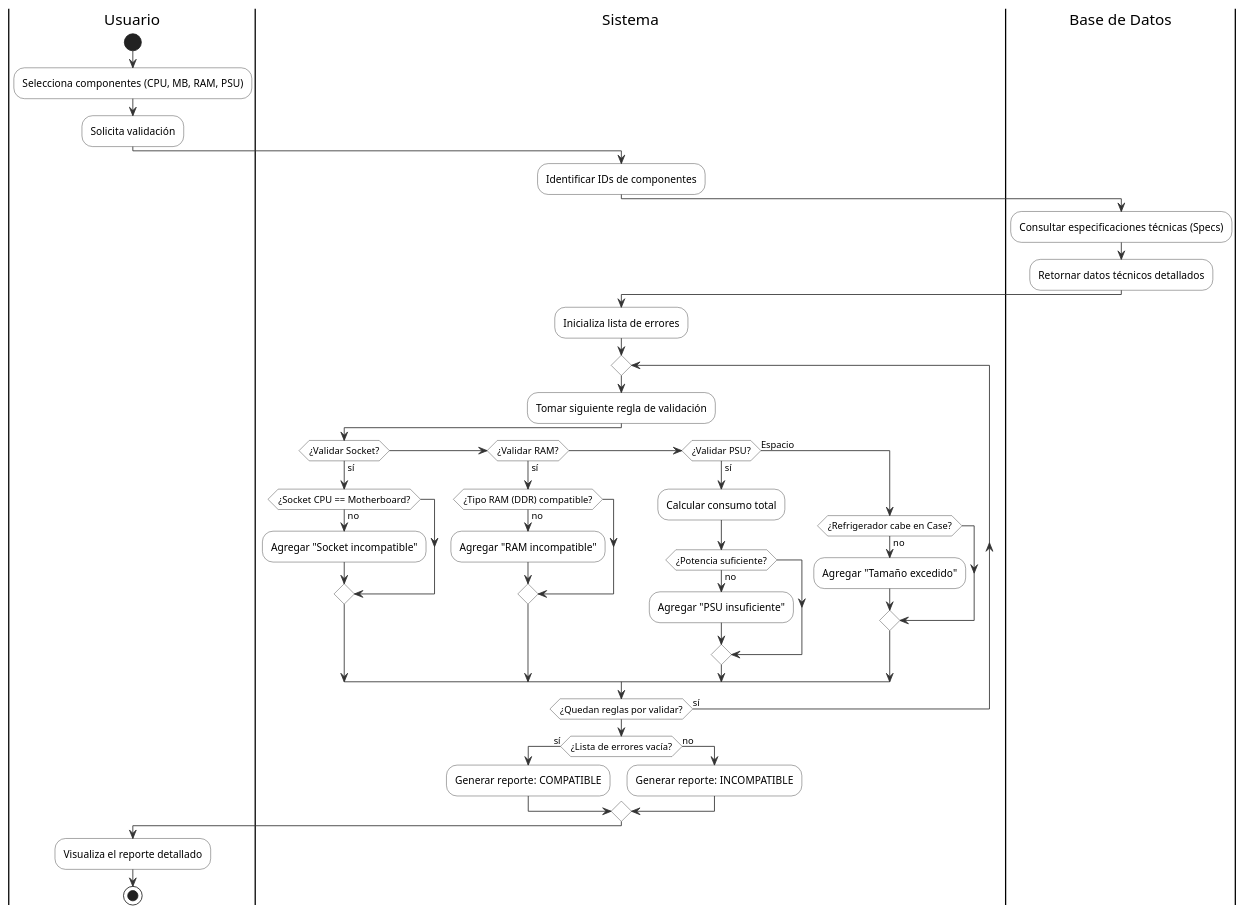
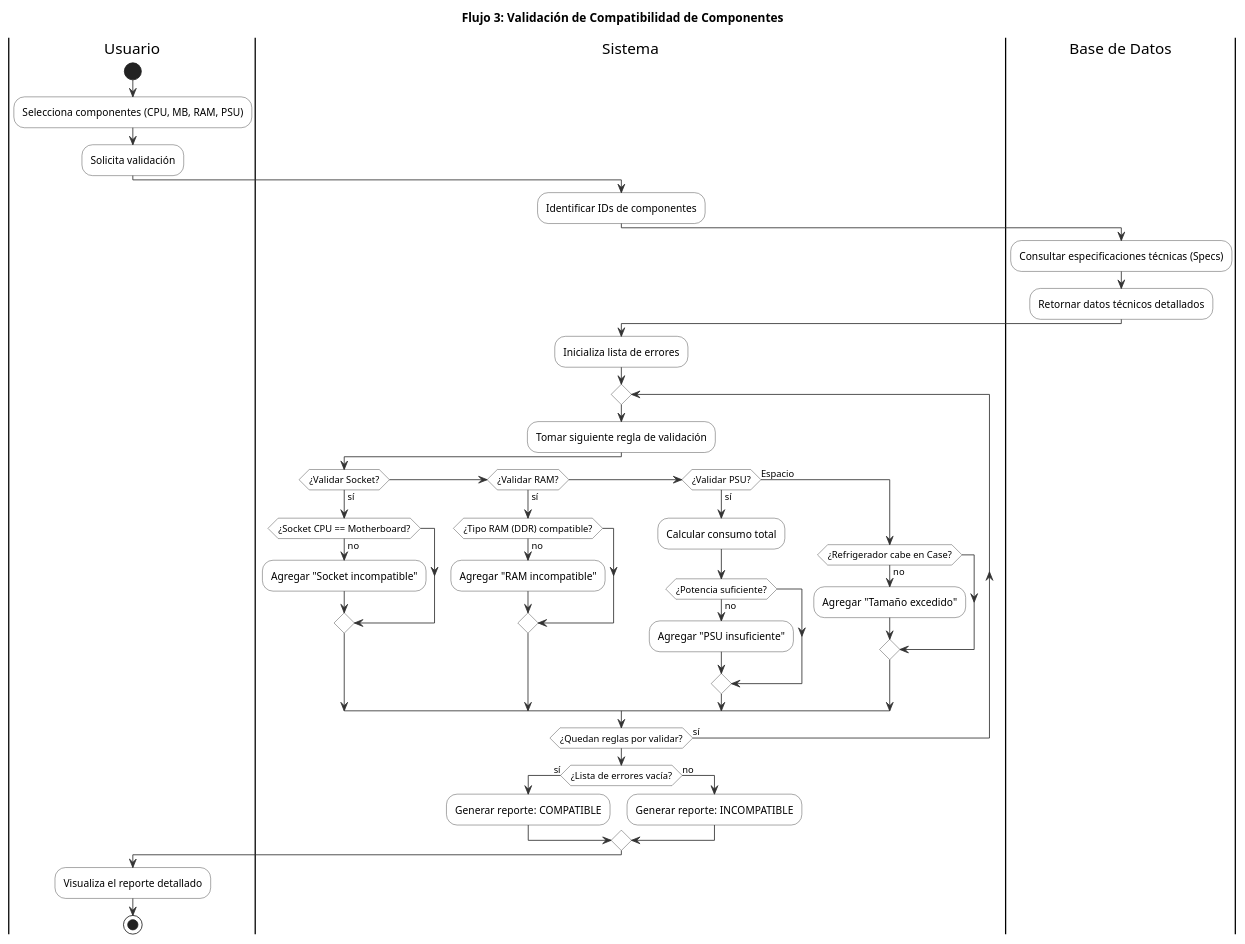
One commit to GonzaloBarbano/E-commerce changed the diagram in docs/05-diagramas/01-diagrama-de-actividades/actividad-flujo-3-compatibilidad.puml. Above: the diagram before and after it, drawn with PlantUML. The commit also changed 4 other files, not shown here.

```diff
--- a/docs/05-diagramas/01-diagrama-de-actividades/actividad-flujo-3-compatibilidad.puml
+++ b/docs/05-diagramas/01-diagrama-de-actividades/actividad-flujo-3-compatibilidad.puml
@@ -1,51 +1,52 @@
 @startuml flujo-3-compatibilidad
+title Flujo 3: Validación de Compatibilidad de Componentes
 skinparam ActivityBackgroundColor #FFFFFF
 skinparam ActivityBorderColor #333333
 skinparam ArrowColor #333333
 
 |Usuario|
 start
 :Selecciona componentes (CPU, MB, RAM, PSU);
 :Solicita validación;
 
 |Sistema|
 :Identificar IDs de componentes;
 
 |Base de Datos|
 :Consultar especificaciones técnicas (Specs);
 :Retornar datos técnicos detallados;
 
 |Sistema|
 :Inicializa lista de errores;
 repeat
   :Tomar siguiente regla de validación;
   if (¿Validar Socket?) then (sí)
     if (¿Socket CPU == Motherboard?) then (no)
       :Agregar "Socket incompatible";
     endif
   elseif (¿Validar RAM?) then (sí)
     if (¿Tipo RAM (DDR) compatible?) then (no)
       :Agregar "RAM incompatible";
     endif
   elseif (¿Validar PSU?) then (sí)
     :Calcular consumo total;
     if (¿Potencia suficiente?) then (no)
       :Agregar "PSU insuficiente";
     endif
   else (Espacio)
     if (¿Refrigerador cabe en Case?) then (no)
       :Agregar "Tamaño excedido";
     endif
   endif
 repeat while (¿Quedan reglas por validar?) is (sí)
 
 if (¿Lista de errores vacía?) then (sí)
   :Generar reporte: COMPATIBLE;
 else (no)
   :Generar reporte: INCOMPATIBLE;
 endif
 
 |Usuario|
 :Visualiza el reporte detallado;
 stop
 @enduml
```
